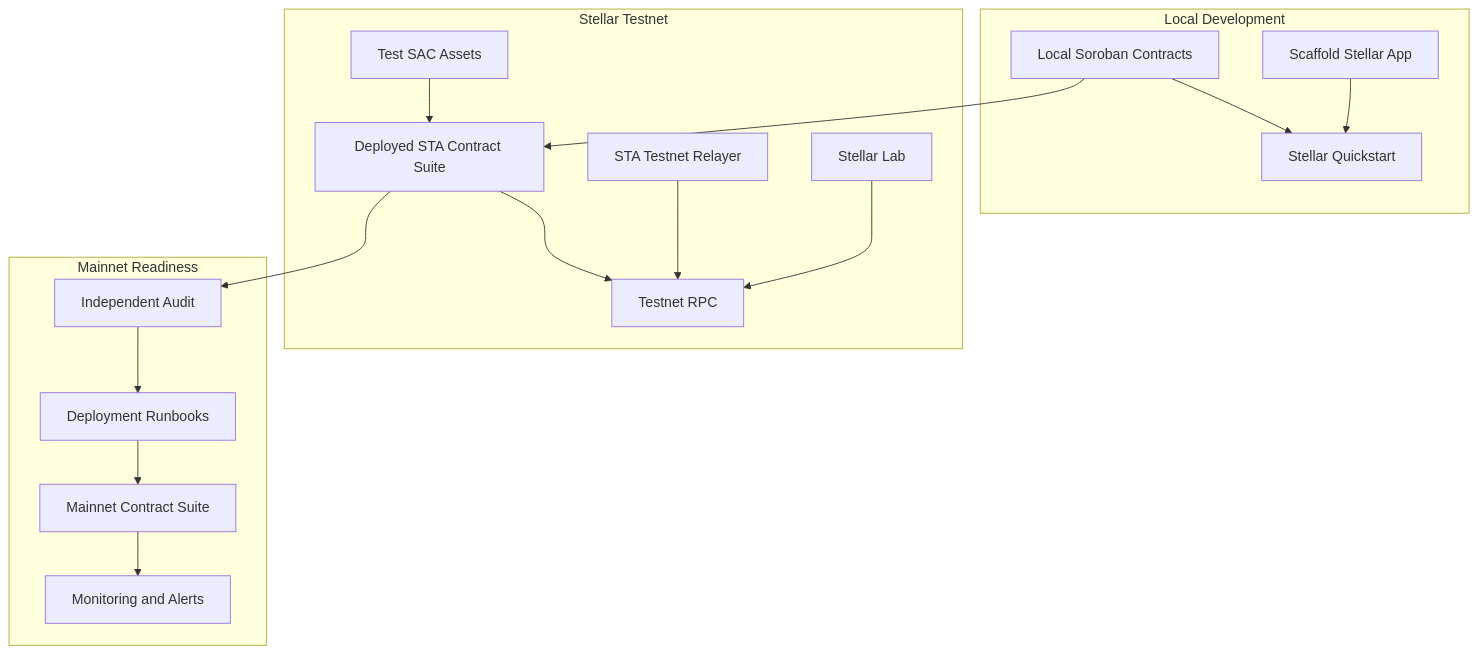
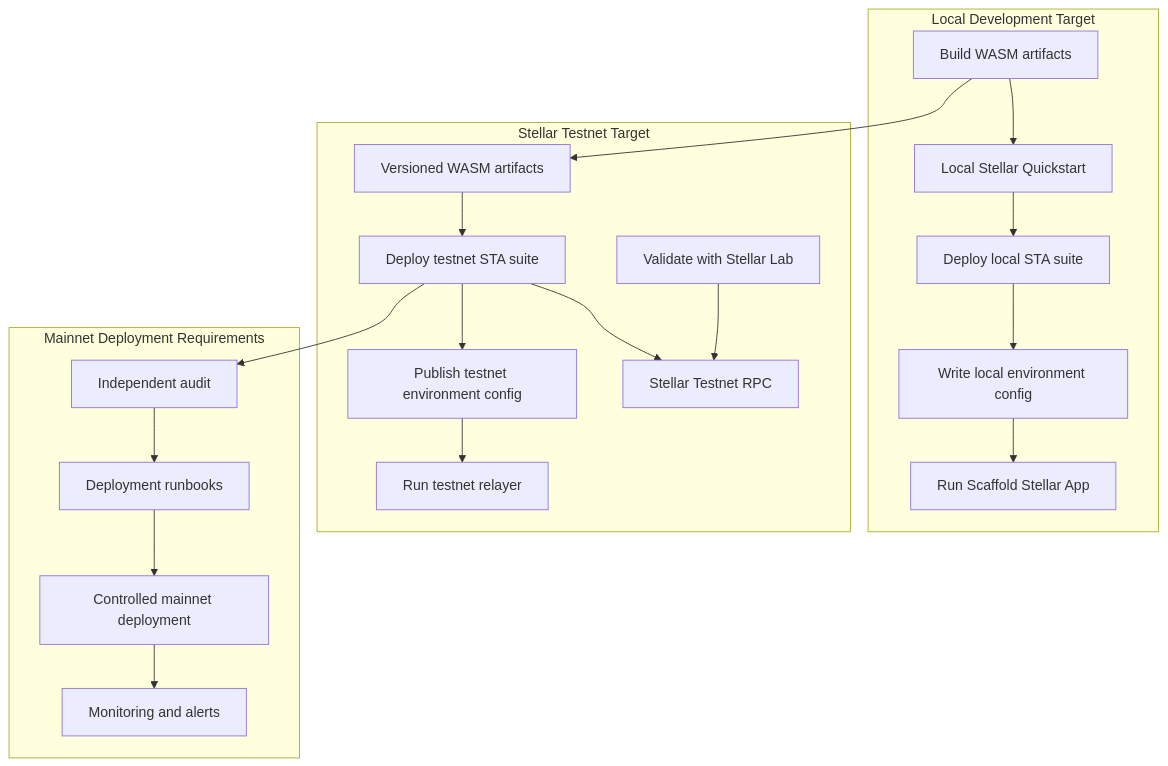
One commit to Frihat-dev/smart-wallet-stellar changed diagram 12 of 12 in docs/TECHNICAL_ARCHITECTURE.md. Above: the diagram before and after it, drawn with Mermaid. The commit also changed other lines of this file, not shown here.

Commit message:
docs: polish technical architecture

````diff
--- a/docs/TECHNICAL_ARCHITECTURE.md
+++ b/docs/TECHNICAL_ARCHITECTURE.md
@@ -1568,35 +1594,41 @@
 ```mermaid
 flowchart TB
-    subgraph Dev["Local Development"]
-        LocalContracts["Local Soroban Contracts"]
-        Quickstart["Stellar Quickstart"]
-        LocalApp["Scaffold Stellar App"]
+    subgraph Dev["Local Development Target"]
+        LocalBuild["Build WASM artifacts"]
+        Quickstart["Local Stellar Quickstart"]
+        LocalDeploy["Deploy local STA suite"]
+        LocalConfig["Write local environment config"]
+        LocalApp["Run Scaffold Stellar App"]
     end
 
-    subgraph Testnet["Stellar Testnet"]
-        TestRPC["Testnet RPC"]
-        TestContracts["Deployed STA Contract Suite"]
-        TestSAC["Test SAC Assets"]
-        TestRelayer["STA Testnet Relayer"]
-        Lab2["Stellar Lab"]
+    subgraph Testnet["Stellar Testnet Target"]
+        TestBuild["Versioned WASM artifacts"]
+        TestRPC["Stellar Testnet RPC"]
+        TestDeploy["Deploy testnet STA suite"]
+        TestConfig["Publish testnet environment config"]
+        TestRelayer["Run testnet relayer"]
+        Lab2["Validate with Stellar Lab"]
     end
 
-    subgraph Prod["Mainnet Readiness"]
-        Audit["Independent Audit"]
-        Runbooks["Deployment Runbooks"]
-        Monitoring["Monitoring and Alerts"]
-        MainnetContracts["Mainnet Contract Suite"]
+    subgraph Prod["Mainnet Deployment Requirements"]
+        Audit["Independent audit"]
+        Runbooks["Deployment runbooks"]
+        MainnetDeploy["Controlled mainnet deployment"]
+        Monitoring["Monitoring and alerts"]
     end
 
-    LocalContracts --> Quickstart
-    LocalApp --> Quickstart
-    LocalContracts --> TestContracts
-    TestContracts --> TestRPC
-    TestSAC --> TestContracts
-    TestRelayer --> TestRPC
+    LocalBuild --> Quickstart
+    Quickstart --> LocalDeploy
+    LocalDeploy --> LocalConfig
+    LocalConfig --> LocalApp
+    LocalBuild --> TestBuild
+    TestBuild --> TestDeploy
+    TestDeploy --> TestRPC
+    TestDeploy --> TestConfig
+    TestConfig --> TestRelayer
     Lab2 --> TestRPC
-    TestContracts --> Audit
+    TestDeploy --> Audit
     Audit --> Runbooks
-    Runbooks --> MainnetContracts
-    MainnetContracts --> Monitoring
+    Runbooks --> MainnetDeploy
+    MainnetDeploy --> Monitoring
 ```
````
